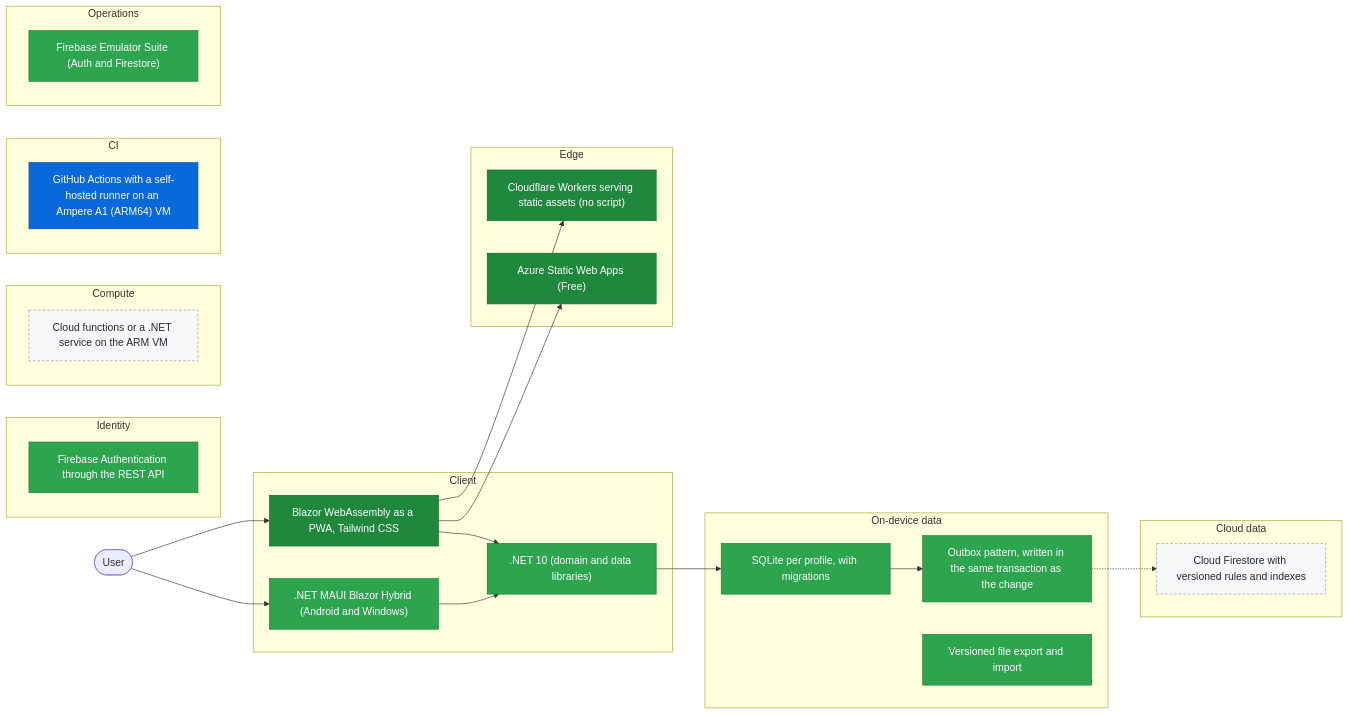
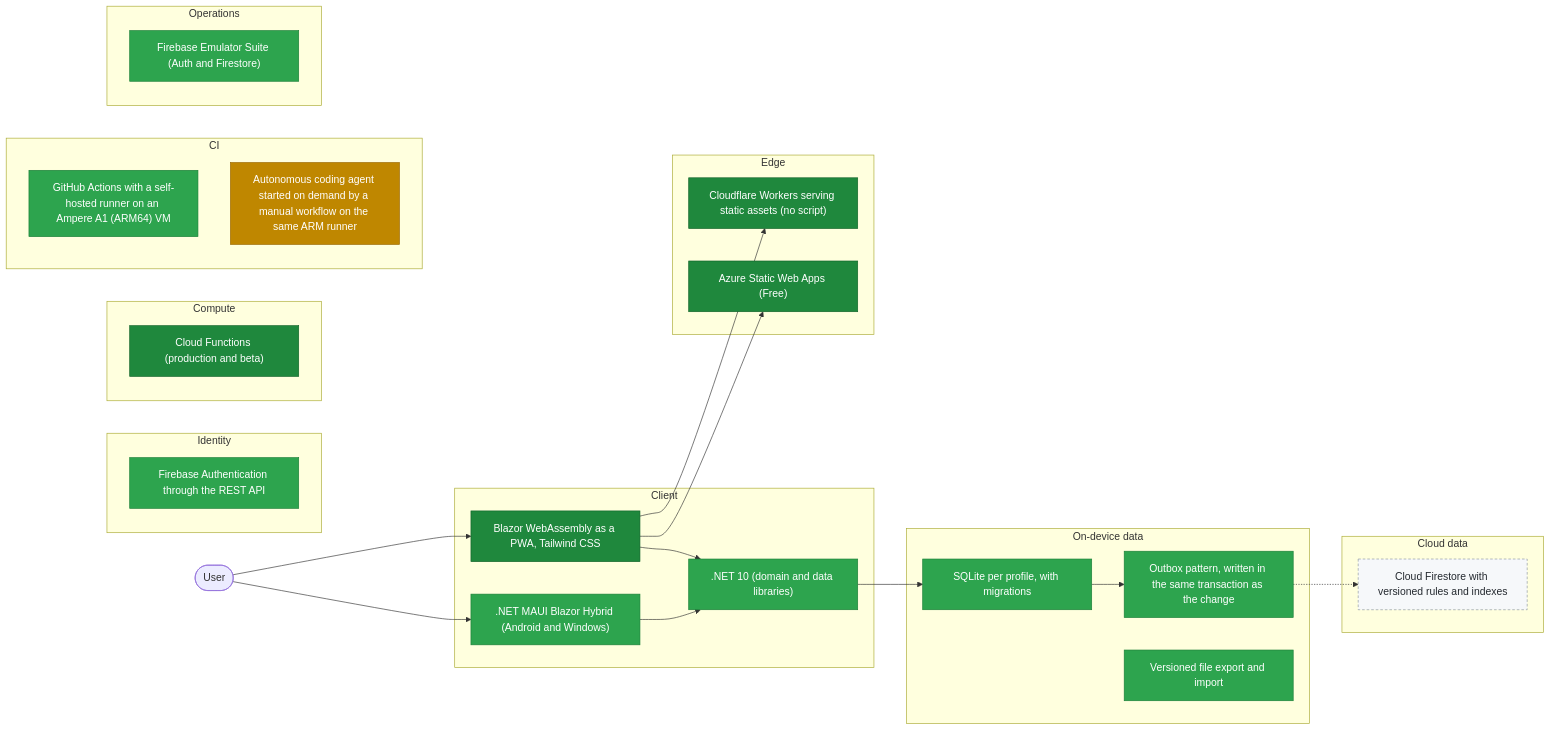
The diagram in README.md (Marckxp/Multi-Cloud-SaaS-Architecture-High-Availability-FinOps), drawn with Mermaid before and after one commit. The commit also changed other lines of this file and 9 other files, not shown here.

````diff
--- a/README.md
+++ b/README.md
@@ -38,48 +38,49 @@
 ```mermaid
 flowchart LR
   user(["User"])
   subgraph c_client["Client"]
     core[".NET 10 (domain and data libraries)"]:::implemented
     native_app[".NET MAUI Blazor Hybrid (Android and Windows)"]:::implemented
     web_app["Blazor WebAssembly as a PWA, Tailwind CSS"]:::published
   end
   subgraph c_local_data["On-device data"]
     local_db["SQLite per profile, with migrations"]:::implemented
     outbox["Outbox pattern, written in the same transaction as the change"]:::implemented
     file_backup["Versioned file export and import"]:::implemented
   end
   subgraph c_edge["Edge"]
     edge_cloudflare["Cloudflare Workers serving static assets (no script)"]:::published
     edge_azure["Azure Static Web Apps (Free)"]:::published
   end
   subgraph c_identity["Identity"]
     identity["Firebase Authentication through the REST API"]:::implemented
   end
   subgraph c_cloud_data["Cloud data"]
     firestore["Cloud Firestore with versioned rules and indexes"]:::planned
   end
   subgraph c_compute["Compute"]
-    minimal_server["Cloud functions or a .NET service on the ARM VM"]:::planned
+    minimal_server["Cloud Functions (production and beta)"]:::published
   end
   subgraph c_ci["CI"]
-    arm_runner["GitHub Actions with a self-hosted runner on an Ampere A1 (ARM64) VM"]:::evaluated
+    arm_runner["GitHub Actions with a self-hosted runner on an Ampere A1 (ARM64) VM"]:::implemented
+    vm_agent["Autonomous coding agent started on demand by a manual workflow on the same ARM runner"]:::in_test
   end
   subgraph c_operations["Operations"]
     emulators["Firebase Emulator Suite (Auth and Firestore)"]:::implemented
   end
   user --> native_app & web_app
   core --> local_db
   native_app --> core
   web_app --> core
   web_app --> edge_cloudflare
   web_app --> edge_azure
   local_db --> outbox
   outbox -.-> firestore
   classDef published fill:#1f883d,color:#fff,stroke:#116329
   classDef implemented fill:#2da44e,color:#fff,stroke:#1a7f37
   classDef in_test fill:#bf8700,color:#fff,stroke:#9a6700
   classDef evaluated fill:#0969da,color:#fff,stroke:#0550ae
   classDef planned fill:#f6f8fa,color:#24292f,stroke:#8c959f,stroke-dasharray:4 3
   classDef reserve fill:#fb8f44,color:#fff,stroke:#bc4c00
   classDef legacy fill:#6e7781,color:#fff,stroke:#57606a
 ```
````
